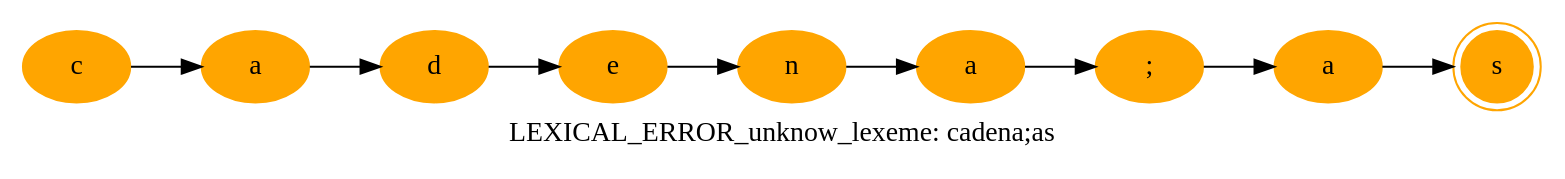
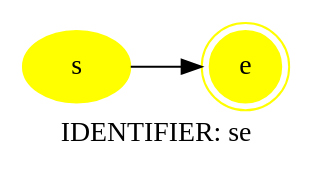
One commit to Jbrod5/lenguajes changed the diagram in parser-py/Plots/4_toPlot.dot. Above: the diagram before and after it, drawn with Graphviz. The commit also changed 16 other files, not shown here.

```diff
--- a/parser-py/Plots/4_toPlot.dot
+++ b/parser-py/Plots/4_toPlot.dot
@@ -1,21 +1,7 @@
 digraph Plot{
    rankdir = LR;
-   label = "LEXICAL_ERROR_unknow_lexeme: cadena;as";
-    n0[style = filled, color = orange, label = "c"];
-    n1[style = filled, color = orange, label = "a"];
-    n2[style = filled, color = orange, label = "d"];
-    n3[style = filled, color = orange, label = "e"];
-    n4[style = filled, color = orange, label = "n"];
-    n5[style = filled, color = orange, label = "a"];
-    n6[style = filled, color = orange, label = ";"];
-    n7[style = filled, color = orange, label = "a"];
-    n8[style = filled, color = orange, label = "s" ,shape = doublecircle];
+   label = "IDENTIFIER: se";
+    n0[style = filled, color = yellow, label = "s"];
+    n1[style = filled, color = yellow, label = "e" ,shape = doublecircle];
     n0 -> n1;
-    n1 -> n2;
-    n2 -> n3;
-    n3 -> n4;
-    n4 -> n5;
-    n5 -> n6;
-    n6 -> n7;
-    n7 -> n8;
 }
```
